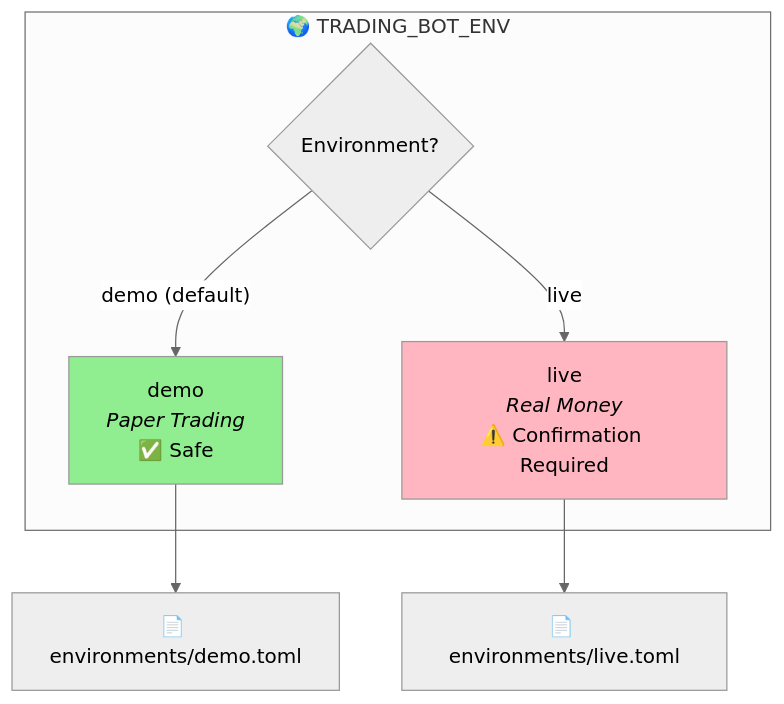
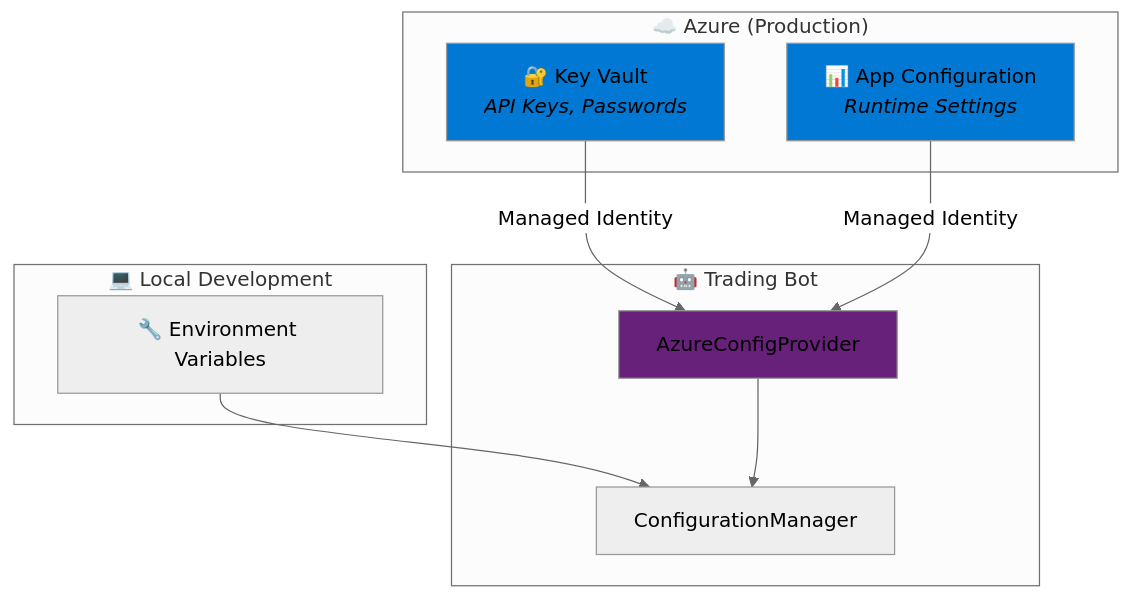
Before and after one commit to nirnaykhatri/alpha-trader: the diagram in docs/CONFIGURATION.md, drawn with Mermaid (neutral theme). The commit also changed other lines of this file and 241 other files, not shown here.

````diff
--- a/docs/CONFIGURATION.md
+++ b/docs/CONFIGURATION.md
@@ -119,17 +77,25 @@
 ```mermaid
 flowchart TB
-    subgraph ENV["🌍 TRADING_BOT_ENV"]
-        CHECK{Environment?}
-        DEMO["demo<br/><i>Paper Trading</i><br/>✅ Safe"]
-        LIVE["live<br/><i>Real Money</i><br/>⚠️ Confirmation Required"]
+    subgraph Azure["☁️ Azure (Production)"]
+        KV["🔐 Key Vault<br/><i>API Keys, Passwords</i>"]
+        AC["📊 App Configuration<br/><i>Runtime Settings</i>"]
     end
     
-    CHECK -->|"demo (default)"| DEMO
-    CHECK -->|"live"| LIVE
+    subgraph Local["💻 Local Development"]
+        ENV["🔧 Environment Variables"]
+    end
     
-    DEMO --> D_FILE["📄 environments/demo.toml"]
-    LIVE --> L_FILE["📄 environments/live.toml"]
+    subgraph Bot["🤖 Trading Bot"]
+        CM["ConfigurationManager"]
+        ACP["AzureConfigProvider"]
+    end
     
-    style DEMO fill:#90EE90
-    style LIVE fill:#FFB6C1
+    KV -->|Managed Identity| ACP
+    AC -->|Managed Identity| ACP
+    ENV --> CM
+    ACP --> CM
+    
+    style KV fill:#0078D4
+    style AC fill:#0078D4
+    style ACP fill:#68217A
 ```
````
